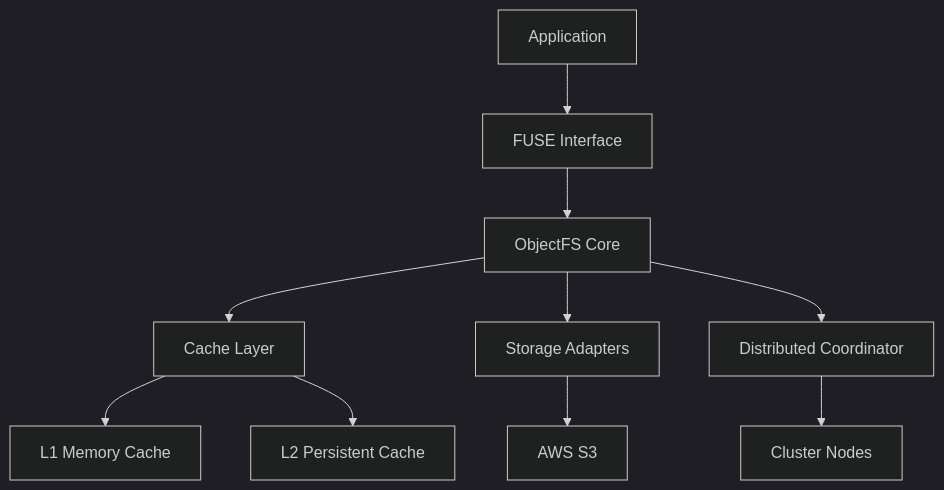
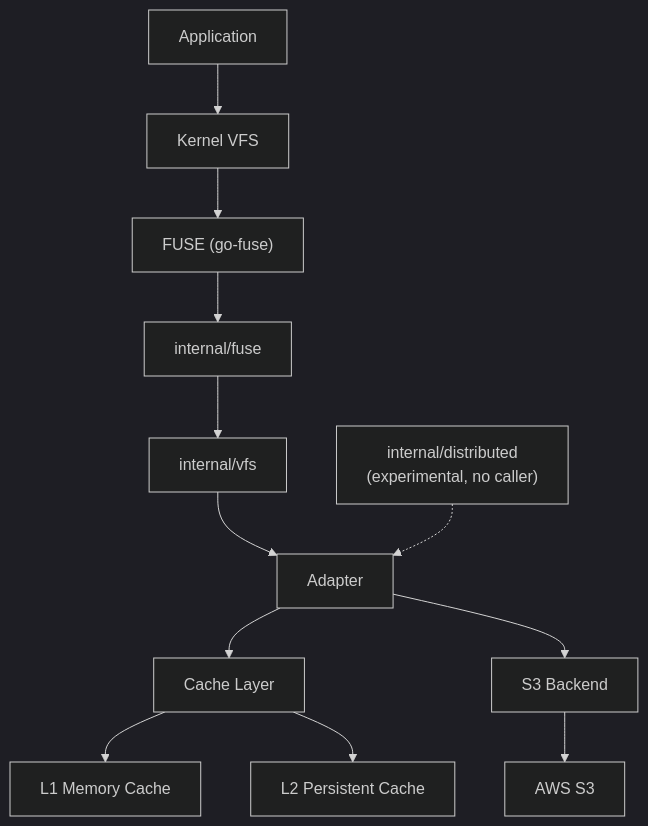
One commit to scttfrdmn/objectfs changed the diagram in docs-platform/guide/index.md. Above: the diagram before and after it, drawn with Mermaid (dark theme). The commit also changed other lines of this file and 9 other files, not shown here.

````diff
--- a/docs-platform/guide/index.md
+++ b/docs-platform/guide/index.md
@@ -48,12 +71,14 @@
 ```mermaid
 graph TB
-    A[Application] --> B[FUSE Interface]
-    B --> C[ObjectFS Core]
-    C --> D[Cache Layer]
-    C --> E[Storage Adapters]
-    D --> F[L1 Memory Cache]
-    D --> G[L2 Persistent Cache]
-    E --> H[AWS S3]
-    C --> K[Distributed Coordinator]
-    K --> L[Cluster Nodes]
+    A[Application] --> B[Kernel VFS]
+    B --> C["FUSE (go-fuse)"]
+    C --> D["internal/fuse"]
+    D --> E["internal/vfs"]
+    E --> F["Adapter"]
+    F --> G[Cache Layer]
+    F --> H["S3 Backend"]
+    G --> I[L1 Memory Cache]
+    G --> J[L2 Persistent Cache]
+    H --> K[AWS S3]
+    L["internal/distributed<br/>(experimental, no caller)"] -.-> F
 ```
````
